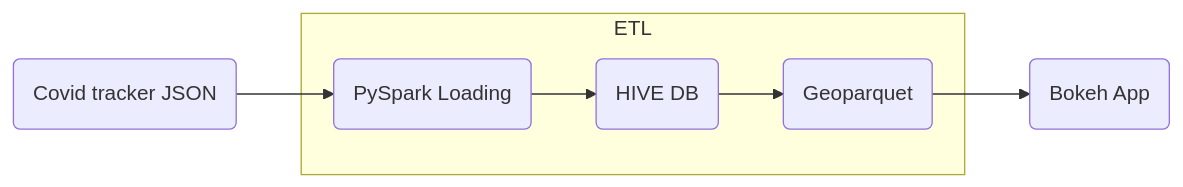
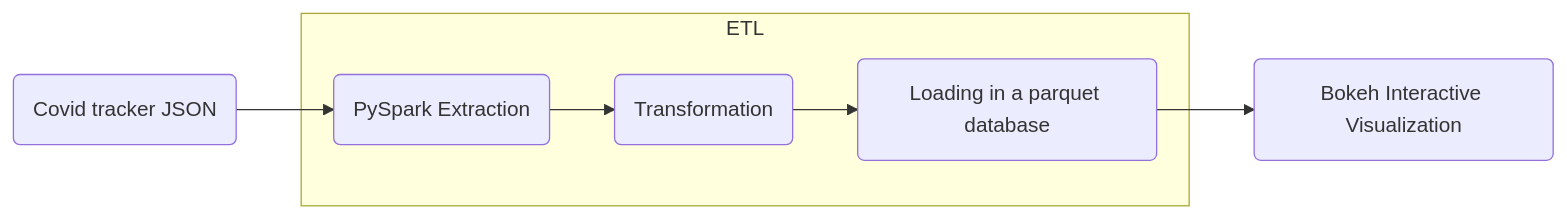
Before and after one commit to caviri/COVID19: the diagram in README.md, drawn with Mermaid. The commit also changed other lines of this file and 48 other files, not shown here.

````diff
--- a/README.md
+++ b/README.md
@@ -208,9 +23,9 @@
 ```mermaid
 graph LR;
-    CT(Covid tracker JSON) --> PS(PySpark Loading)
+    CT(Covid tracker JSON) --> PE(PySpark Extraction)
     subgraph one[ETL]
-    PS --> HV(HIVE DB)
-    HV --> GP(Geoparquet)
+    PE --> T(Transformation)
+    T --> L(Loading in a parquet database)
     end
-    GP --> BH(Bokeh App)
+    L --> BH(Bokeh Interactive Visualization)
 ```
````
